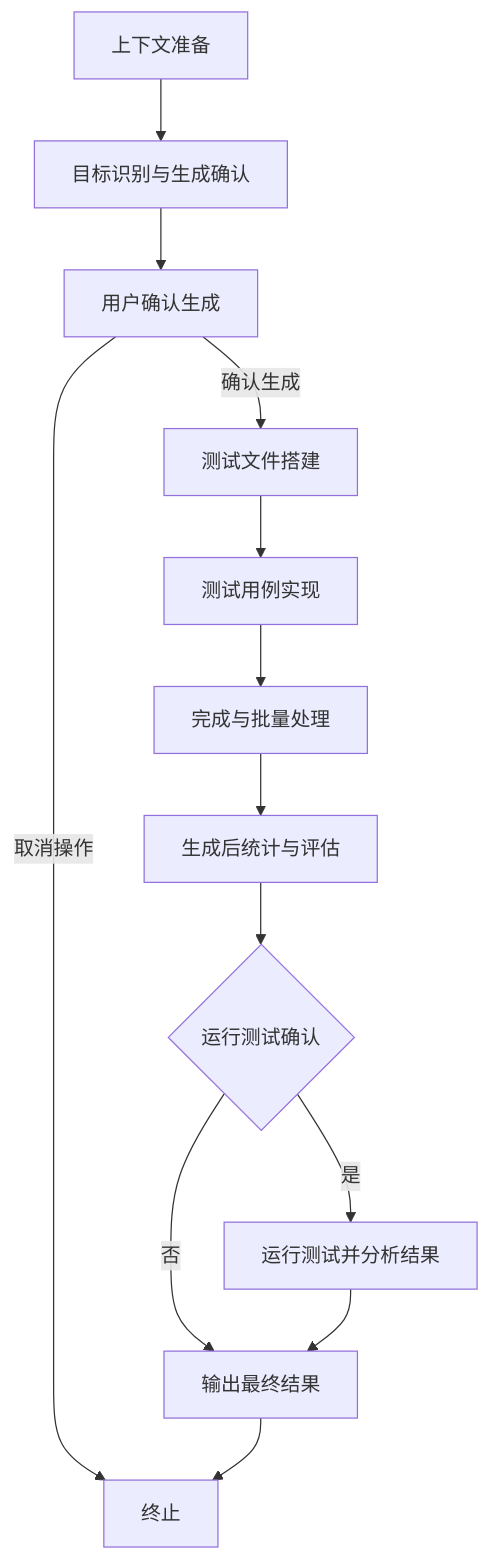
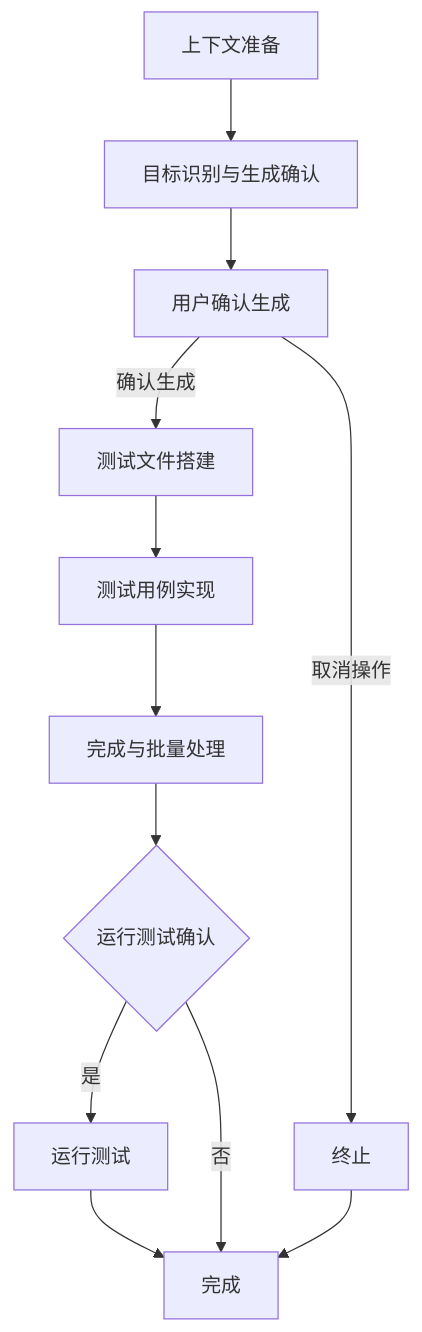
Before and after one commit to kinneyyan/prompts: the diagram in claude-code/.claude/commands/create-unit-test-lite.md, drawn with Mermaid. The commit also changed other lines of this file and 2 other files, not shown here.

````diff
--- a/claude-code/.claude/commands/create-unit-test-lite.md
+++ b/claude-code/.claude/commands/create-unit-test-lite.md
@@ -17,15 +17,14 @@
 ```mermaid
 flowchart TD
     A[上下文准备] --> B[目标识别与生成确认];
     B --> C[用户确认生成];
     C -- 取消操作 --> Z[终止];
     C -- 确认生成 --> D[测试文件搭建];
     D --> E[测试用例实现];
     E --> F[完成与批量处理];
-    F --> G[生成后统计与评估];
-    G --> H{运行测试确认};
-    H -- 是 --> I[运行测试并分析结果];
-    H -- 否 --> J[输出最终结果];
-    I --> J;
-    J --> Z;
+    F --> G{运行测试确认};
+    G -- 是 --> H[运行测试];
+    H --> I[完成];
+    G -- 否 --> I;
+    Z --> I;
 ```
````
